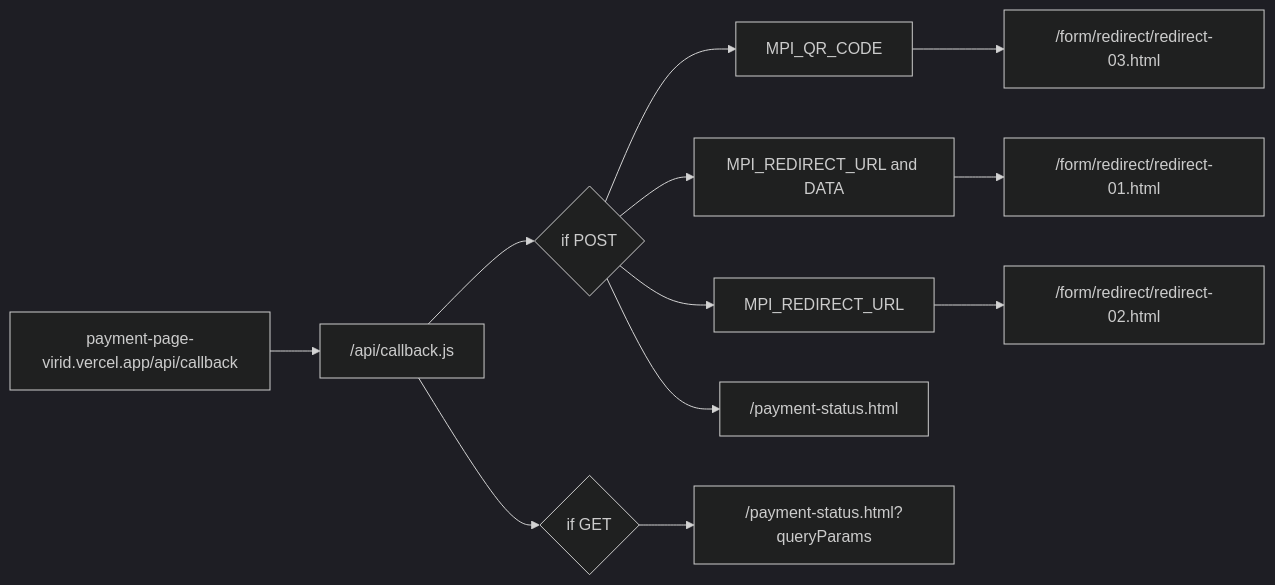
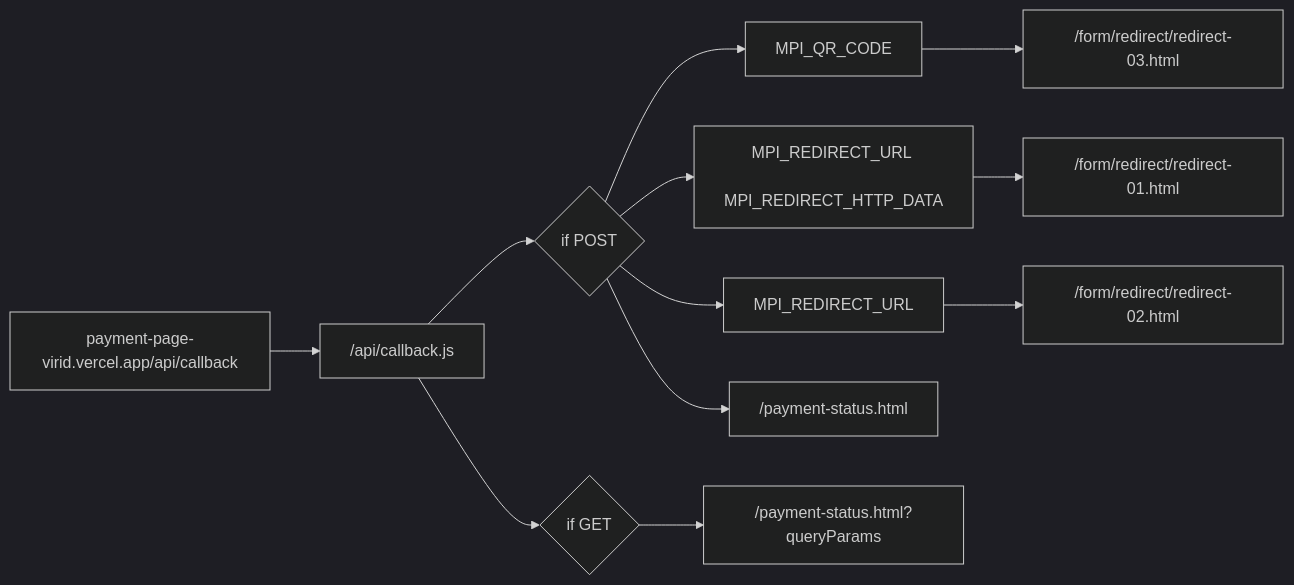
Before and after one commit to systemspcpyd/payment-page: the second of 2 diagrams in README.md, drawn with Mermaid (dark theme).

Commit message:
Clarify DATA variable in README
Updated the description of the DATA variable in the README to include MPI_REDIRECT_HTTP_DATA.

````diff
--- a/README.md
+++ b/README.md
@@ -36,19 +36,19 @@
 ```mermaid
 graph LR
     Callback["payment-page-virid.vercel.app/api/callback"] --> API_JS["/api/callback.js"]
     
     API_JS --> IfPOST{"if POST"}
     IfPOST --> QR["MPI_QR_CODE"]
-    IfPOST --> DATA["MPI_REDIRECT_URL and DATA"]
+    IfPOST --> DATA["MPI_REDIRECT_URL <br/> MPI_REDIRECT_HTTP_DATA"]
     IfPOST --> URL_ONLY["MPI_REDIRECT_URL"]
     IfPOST --> Status["/payment-status.html"]
     
     QR --> R3["/form/redirect/redirect-03.html"]
     DATA --> R1["/form/redirect/redirect-01.html"]
     URL_ONLY --> R2["/form/redirect/redirect-02.html"]
     
     API_JS --> IfGET{"if GET"}
     IfGET --> StatusQuery["/payment-status.html?queryParams"]
 
 
 ```
````
